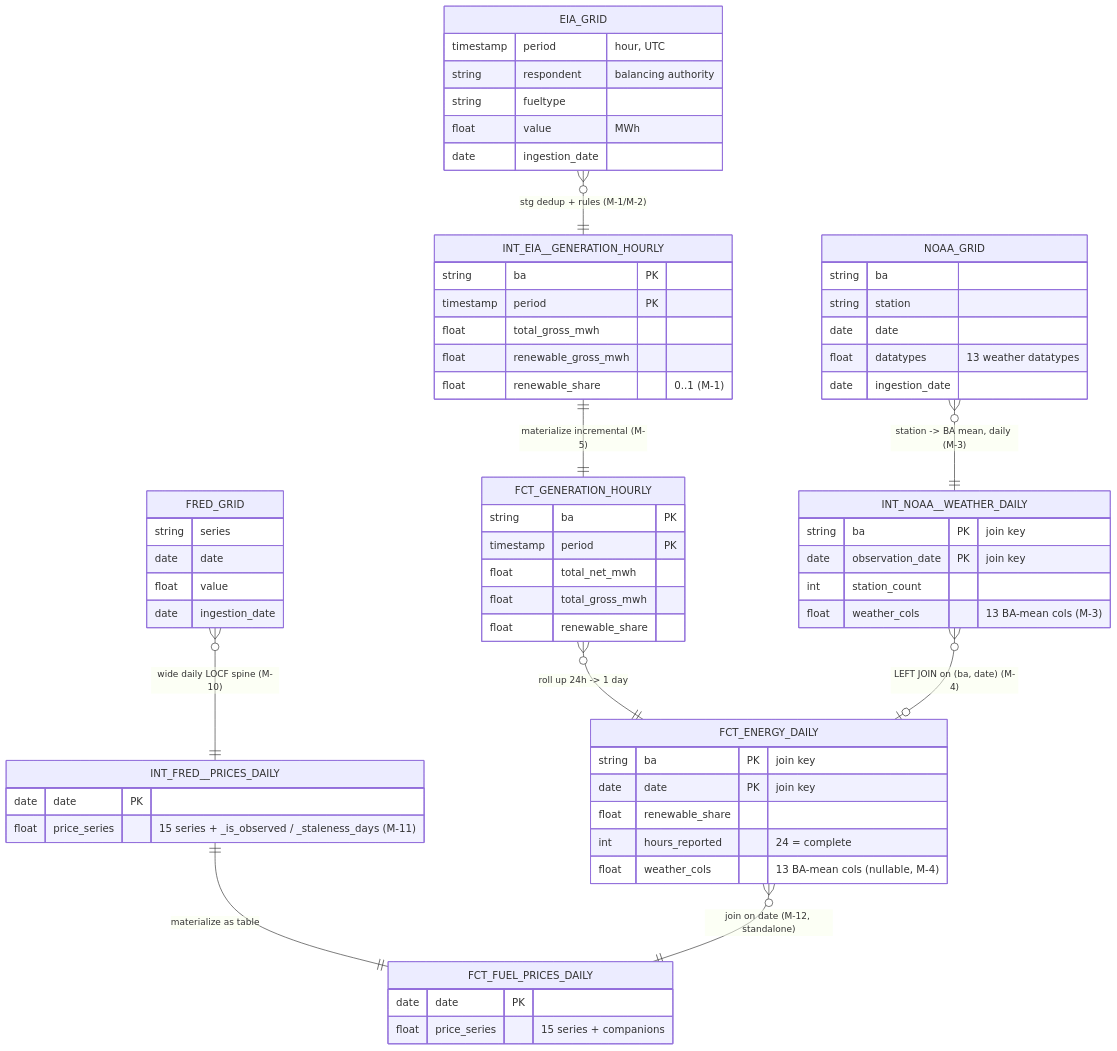
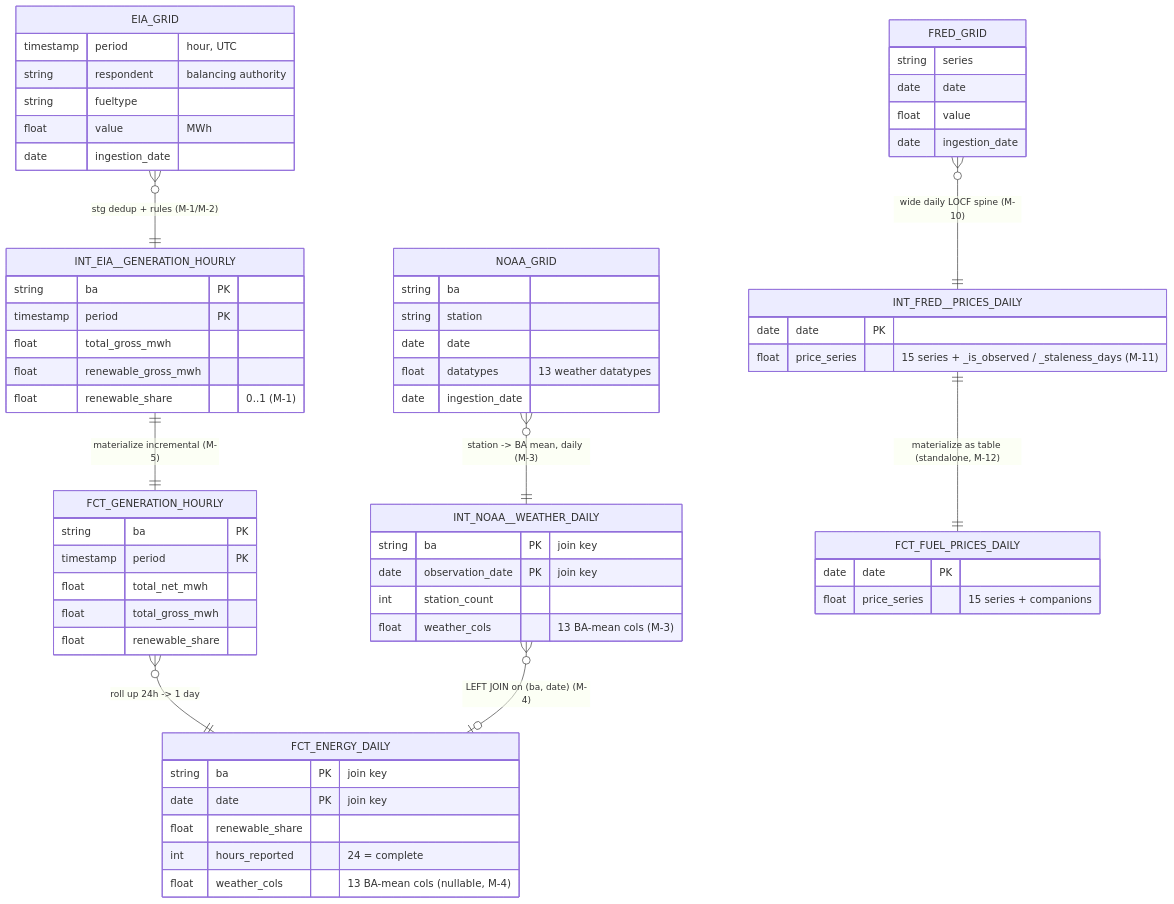
One commit to victor-cakess/zeus changed the second of 2 diagrams in README.md. Above: the diagram before and after it, drawn with Mermaid. The commit also changed other lines of this file, not shown here.

Commit message:
corrected fred

````diff
--- a/README.md
+++ b/README.md
@@ -60,67 +60,66 @@
 ```mermaid
 erDiagram
     EIA_GRID {
         timestamp period "hour, UTC"
         string respondent "balancing authority"
         string fueltype
         float value "MWh"
         date ingestion_date
     }
     NOAA_GRID {
         string ba
         string station
         date date
         float datatypes "13 weather datatypes"
         date ingestion_date
     }
     FRED_GRID {
         string series
         date date
         float value
         date ingestion_date
     }
     INT_EIA__GENERATION_HOURLY {
         string ba PK
         timestamp period PK
         float total_gross_mwh
         float renewable_gross_mwh
         float renewable_share "0..1 (M-1)"
     }
     INT_NOAA__WEATHER_DAILY {
         string ba PK "join key"
         date observation_date PK "join key"
         int station_count
         float weather_cols "13 BA-mean cols (M-3)"
     }
     INT_FRED__PRICES_DAILY {
         date date PK
         float price_series "15 series + _is_observed / _staleness_days (M-11)"
     }
     FCT_GENERATION_HOURLY {
         string ba PK
         timestamp period PK
         float total_net_mwh
         float total_gross_mwh
         float renewable_share
     }
     FCT_ENERGY_DAILY {
         string ba PK "join key"
         date date PK "join key"
         float renewable_share
         int hours_reported "24 = complete"
         float weather_cols "13 BA-mean cols (nullable, M-4)"
     }
     FCT_FUEL_PRICES_DAILY {
         date date PK
         float price_series "15 series + companions"
     }
 
     EIA_GRID }o--|| INT_EIA__GENERATION_HOURLY : "stg dedup + rules (M-1/M-2)"
     NOAA_GRID }o--|| INT_NOAA__WEATHER_DAILY : "station -> BA mean, daily (M-3)"
     FRED_GRID }o--|| INT_FRED__PRICES_DAILY : "wide daily LOCF spine (M-10)"
     INT_EIA__GENERATION_HOURLY ||--|| FCT_GENERATION_HOURLY : "materialize incremental (M-5)"
     FCT_GENERATION_HOURLY }o--|| FCT_ENERGY_DAILY : "roll up 24h -> 1 day"
     INT_NOAA__WEATHER_DAILY }o--o| FCT_ENERGY_DAILY : "LEFT JOIN on (ba, date) (M-4)"
-    INT_FRED__PRICES_DAILY ||--|| FCT_FUEL_PRICES_DAILY : "materialize as table"
-    FCT_ENERGY_DAILY }o--|| FCT_FUEL_PRICES_DAILY : "join on date (M-12, standalone)"
+    INT_FRED__PRICES_DAILY ||--|| FCT_FUEL_PRICES_DAILY : "materialize as table (standalone, M-12)"
 ```
````
